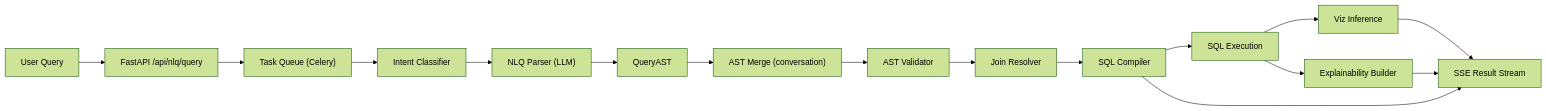
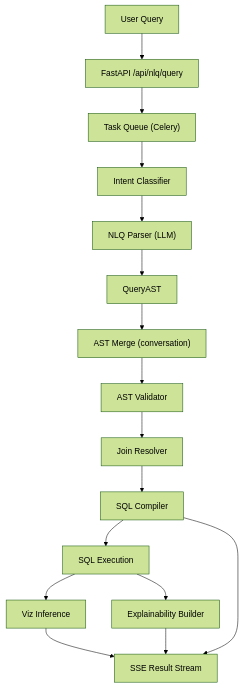
One commit to abhiyan52/ClarityQL changed the first of 2 diagrams in README.md. Above: the diagram before and after it, drawn with Mermaid (forest theme). The commit also changed other lines of this file, not shown here.

Commit message:
docs: Update flowchart direction in README.md for NLQ and RAG pipelines
- Changed flowchart direction from LR (left-to-right) to TD (top-down) for better clarity in system design diagrams.

````diff
--- a/README.md
+++ b/README.md
@@ -125,18 +125,18 @@
 ```mermaid
-flowchart LR
+flowchart TD
     U["User Query"] --> API["FastAPI /api/nlq/query"]
     API --> TQ["Task Queue (Celery)"]
     TQ --> INT["Intent Classifier"]
     INT --> PARSE["NLQ Parser (LLM)"]
     PARSE --> AST["QueryAST"]
     AST --> MERGE["AST Merge (conversation)"]
     MERGE --> VALID["AST Validator"]
     VALID --> JOIN["Join Resolver"]
     JOIN --> SQL["SQL Compiler"]
     SQL --> EXEC["SQL Execution"]
     EXEC --> VIZ["Viz Inference"]
     EXEC --> EXPL["Explainability Builder"]
     VIZ --> RESP["SSE Result Stream"]
     EXPL --> RESP
     SQL --> RESP
 ```
````
